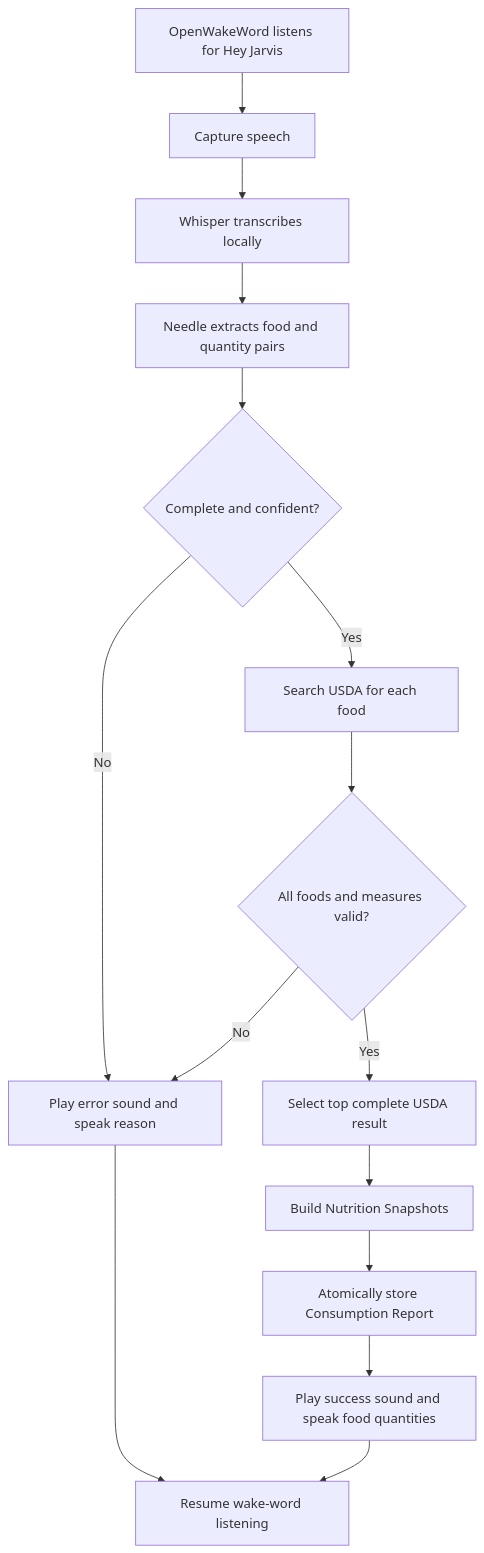
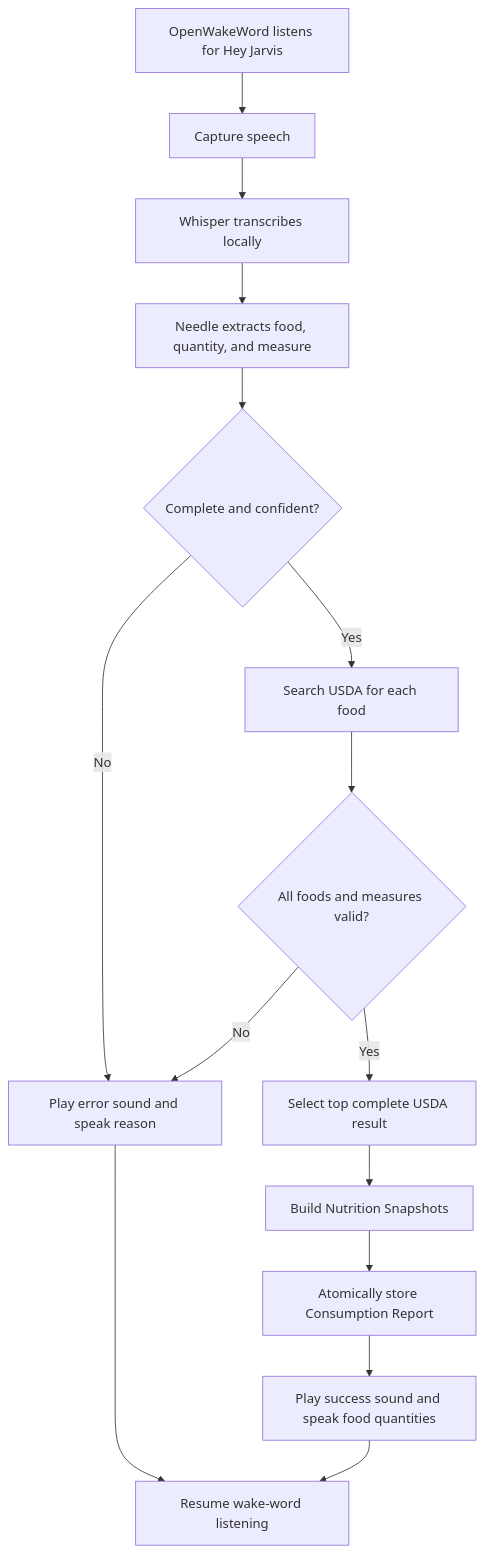
One commit to jacobmalone28/snack-gpt changed the diagram in architecture.md. Above: the diagram before and after it, drawn with Mermaid. The commit also changed 5 other files, not shown here.

Commit message:
Define Needle-to-USDA quantity contract (#16)

````diff
--- a/architecture.md
+++ b/architecture.md
@@ -45,17 +45,17 @@
 ```mermaid
 flowchart TD
     A[OpenWakeWord listens for Hey Jarvis] --> B[Capture speech]
     B --> C[Whisper transcribes locally]
-    C --> D[Needle extracts food and quantity pairs]
+    C --> D[Needle extracts food, quantity, and measure]
     D --> E{Complete and confident?}
     E -->|No| X[Play error sound and speak reason]
     E -->|Yes| F[Search USDA for each food]
     F --> G{All foods and measures valid?}
     G -->|No| X
     G -->|Yes| H[Select top complete USDA result]
     H --> I[Build Nutrition Snapshots]
     I --> J[Atomically store Consumption Report]
     J --> K[Play success sound and speak food quantities]
     X --> L[Resume wake-word listening]
     K --> L
 ```
````
